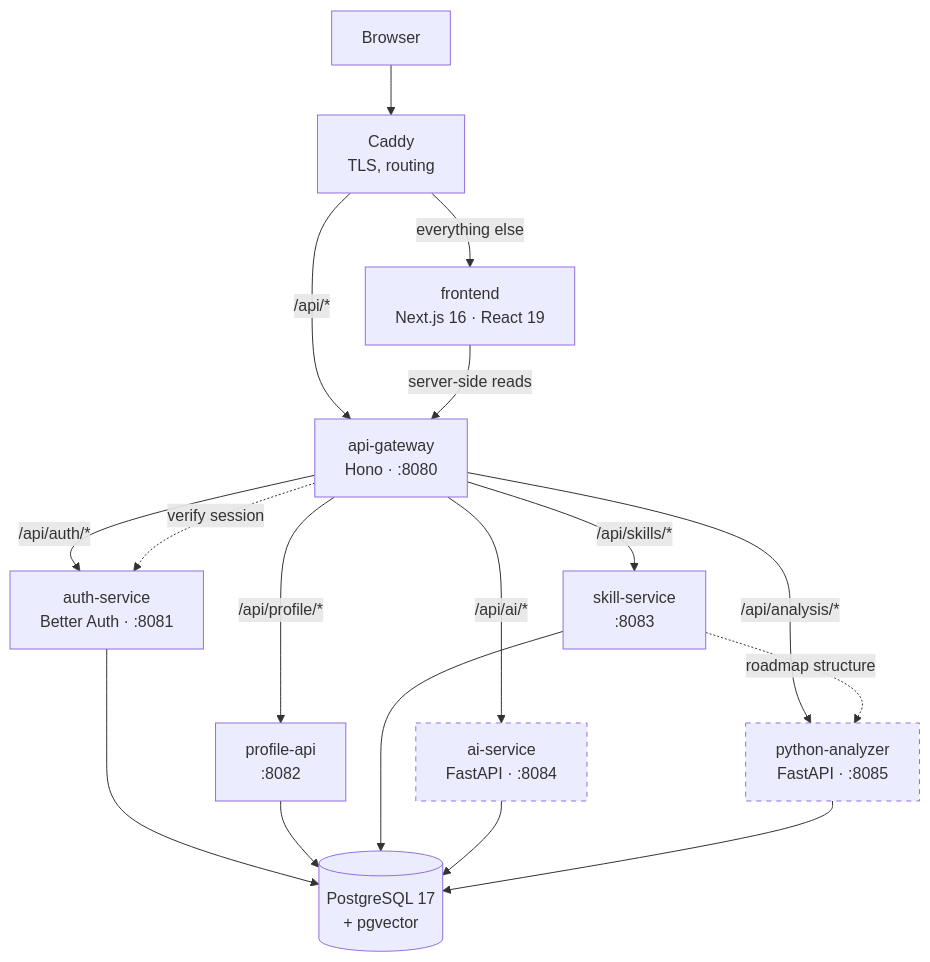
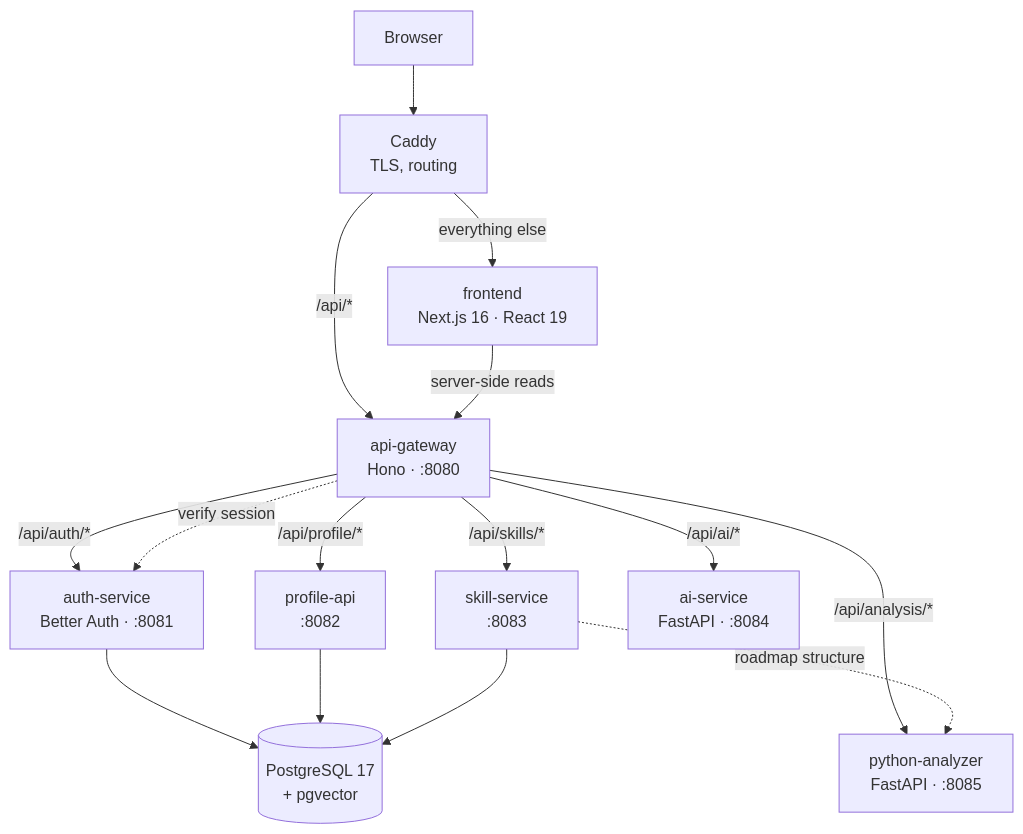
The first of 2 diagrams in docs/architecture.md (azeem-io/skillforge), drawn with Mermaid before and after one commit. The commit also changed other lines of this file and 11 other files, not shown here.

````diff
--- a/docs/architecture.md
+++ b/docs/architecture.md
@@ -7,36 +7,31 @@
 ```mermaid
 graph TD
     Browser["Browser"]
     Caddy["Caddy<br/>TLS, routing"]
     FE["frontend<br/>Next.js 16 · React 19"]
     GW["api-gateway<br/>Hono · :8080"]
     AUTH["auth-service<br/>Better Auth · :8081"]
     PROF["profile-api<br/>:8082"]
     SKILL["skill-service<br/>:8083"]
     AI["ai-service<br/>FastAPI · :8084"]
     PY["python-analyzer<br/>FastAPI · :8085"]
     DB[("PostgreSQL 17<br/>+ pgvector")]
 
     Browser --> Caddy
     Caddy -->|"/api/*"| GW
     Caddy -->|"everything else"| FE
     FE -->|"server-side reads"| GW
 
     GW -->|"/api/auth/*"| AUTH
     GW -->|"/api/profile/*"| PROF
     GW -->|"/api/skills/*"| SKILL
     GW -->|"/api/ai/*"| AI
     GW -->|"/api/analysis/*"| PY
 
     GW -.->|"verify session"| AUTH
     SKILL -.->|"roadmap structure"| PY
 
     AUTH --> DB
     PROF --> DB
     SKILL --> DB
-    AI --> DB
-    PY --> DB
-
-    classDef missing stroke-dasharray: 5 5
-    class AI,PY missing
 ```
````
